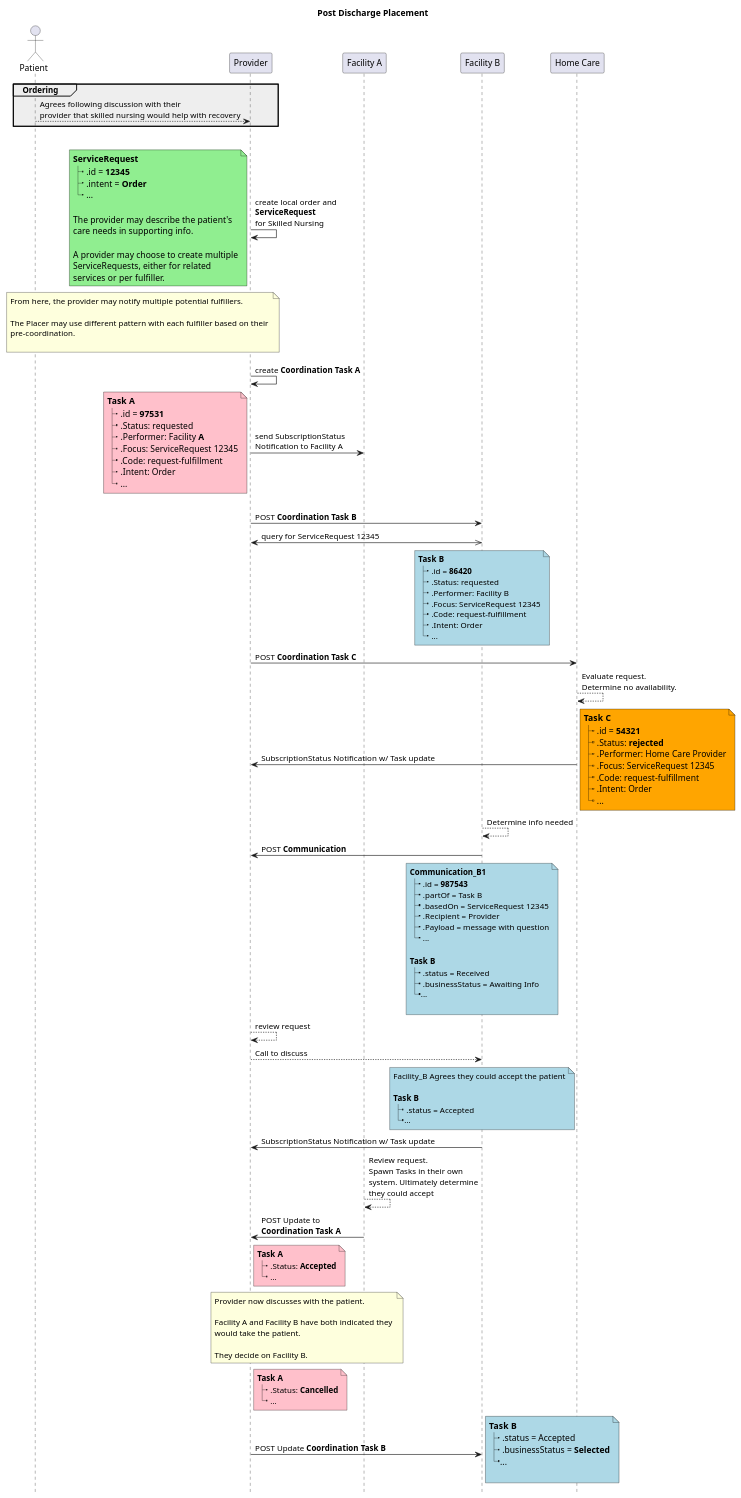
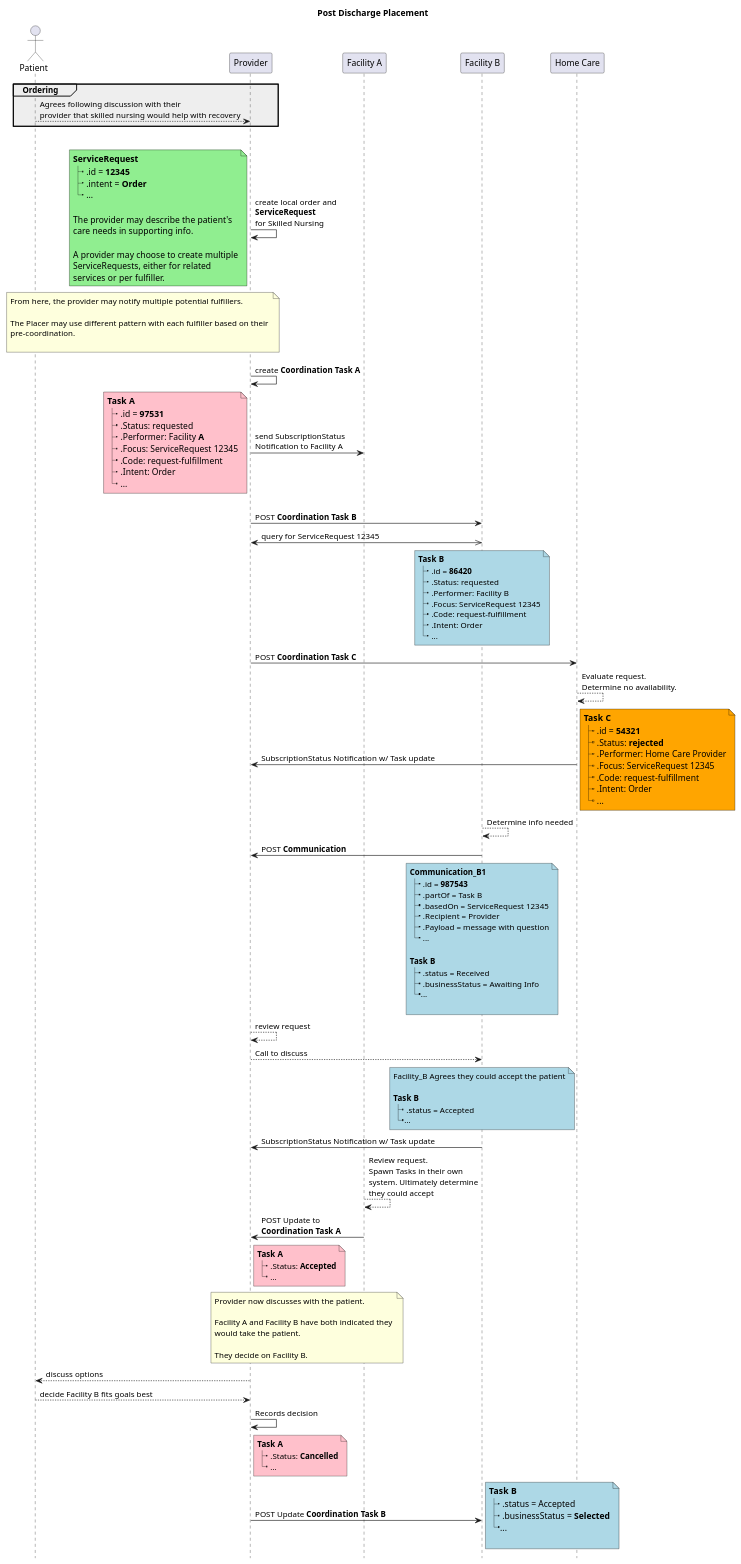
The diagram in input/images-source/ex7-discharge-placement.plantuml (HL7/fhir-cow-ig), drawn with PlantUML before and after one commit.

```diff
--- a/input/images-source/ex7-discharge-placement.plantuml
+++ b/input/images-source/ex7-discharge-placement.plantuml
@@ -1,175 +1,181 @@
 @startuml
 'skinparam sequenceMessageAlign center
 title 
 	Post Discharge Placement
 end title
 
 hide footbox
 
 skinparam Note<<resource>> {
     'BackgroundColor Pink
     FontName Consolas
     FontSize 14
     'FontStyle Bold
     BorderColor Black
 }
 
 
 actor "Patient" as Patient
 participant "Provider" as Provider
 participant "Facility A" as Facility_A
 participant "Facility B" as Facility_B
 participant "Home Care" as HC_Provider
 
 group #eee Ordering
 Patient--> Provider: Agrees following discussion with their\nprovider that skilled nursing would help with recovery
 end
 
 group Workflow
 
 Provider -> Provider: create local order and \n**ServiceRequest**\nfor Skilled Nursing 
 
 note left <<resource>> #lightgreen
 **ServiceRequest**
 |_ .id = **12345**
 |_ .intent = **Order**
 |_ ...
 
 The provider may describe the patient's 
 care needs in supporting info.
 
 A provider may choose to create multiple
 ServiceRequests, either for related
 services or per fulfiller.
 end note
 
 
 note over Patient, Provider
 From here, the provider may notify multiple potential fulfillers.
 
 The Placer may use different pattern with each fulfiller based on their 
 pre-coordination.  
 
 end note
 ||10||
 
 Provider -> Provider: create **Coordination Task A**
 Provider -> Facility_A: send SubscriptionStatus\nNotification to Facility A
 note left <<resource>> #pink
 **Task A** 
 |_ .id = **97531**
 |_ .Status: requested
 |_ .Performer: Facility **A**
 |_ .Focus: ServiceRequest 12345
 |_ .Code: request-fulfillment
 |_ .Intent: Order
 |_ ...
 end note 
 
 
 ||20||
 
 Provider -> Facility_B: POST **Coordination Task B**
 Facility_B <<-> Provider: query for ServiceRequest 12345
 note over Facility_B #lightblue
 **Task B** 
 |_ .id = **86420**
 |_ .Status: requested
 |_ .Performer: Facility B
 |_ .Focus: ServiceRequest 12345
 |_ .Code: request-fulfillment
 |_ .Intent: Order
 |_ ...
 end note 
 
 
 
 Provider -> HC_Provider: POST **Coordination Task C**
 
 
 HC_Provider --> HC_Provider: Evaluate request.\nDetermine no availability.
 
 HC_Provider -> Provider: SubscriptionStatus Notification w/ Task update
 
 note right <<resource>> #orange
 **Task C** 
 |_ .id = **54321**
 |_ .Status: **rejected**
 |_ .Performer: Home Care Provider
 |_ .Focus: ServiceRequest 12345
 |_ .Code: request-fulfillment
 |_ .Intent: Order
 |_ ...
 end note
 
 
 Facility_B --> Facility_B: Determine info needed
 
 Facility_B -> Provider: POST **Communication**
 
 note over Facility_B #lightblue
 **Communication_B1** 
 |_ .id = **987543**
 |_ .partOf = Task B
 |_ .basedOn = ServiceRequest 12345
 |_ .Recipient = Provider
 |_ .Payload = message with question
 |_ ...
 
 **Task B**
 |_ .status = Received
 |_ .businessStatus = Awaiting Info
 |_...
 
 end note 
 
 Provider --> Provider: review request
 
 Provider --> Facility_B: Call to discuss
 
 note over Facility_B #lightblue
 Facility_B Agrees they could accept the patient
 
 **Task B**
 |_ .status = Accepted
 |_...
 end note 
 
 Facility_B -> Provider: SubscriptionStatus Notification w/ Task update
 
 Facility_A --> Facility_A: Review request.\nSpawn Tasks in their own\nsystem. Ultimately determine\nthey could accept
 
 Facility_A -> Provider: POST Update to\n**Coordination Task A**
 
 note right Provider #pink
 **Task A** 
 |_ .Status: **Accepted**
 |_ ...
 end note 
 
 
 note over Provider, Facility_A
 Provider now discusses with the patient.
 
 Facility A and Facility B have both indicated they 
 would take the patient.
 
 They decide on Facility B.
 end note
 
+Provider --> Patient: discuss options
+
+Patient --> Provider: decide Facility B fits goals best
+
+Provider -> Provider: Records decision
+
 note right Provider #pink
 **Task A** 
 |_ .Status: **Cancelled**
 |_ ...
 end note 
 
 Provider -> Facility_B: POST Update **Coordination Task B**
 
 note right <<resource>> #lightblue
 **Task B**
 |_ .status = Accepted
 |_ .businessStatus = **Selected**
 |_...
 
 end note
 @enduml
```
